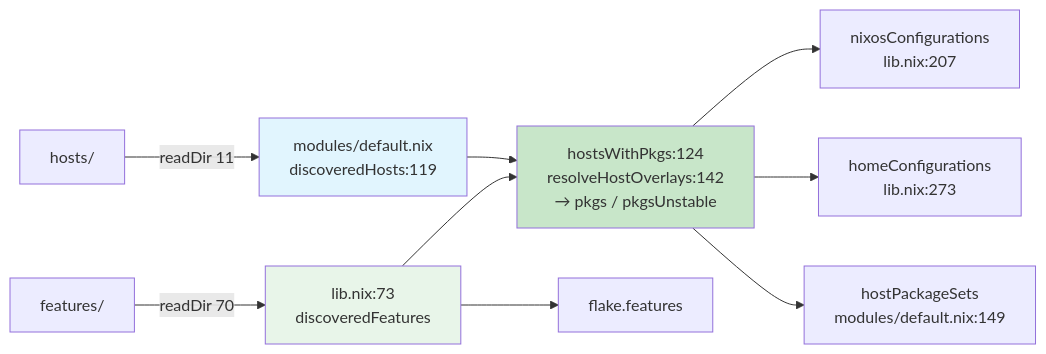
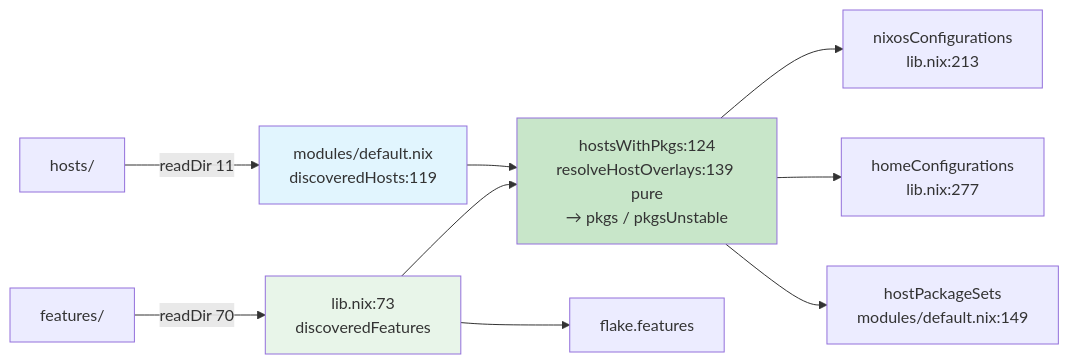
Before and after one commit to WombatFromHell/automatic-palm-tree: the seventh of 7 diagrams in DESIGN.md, drawn with Mermaid. The commit also changed other lines of this file and 9 other files, not shown here.

Commit message:
Refactor to make our loader code more pure idiomatic-nix

````diff
--- a/DESIGN.md
+++ b/DESIGN.md
@@ -201,15 +199,15 @@
 ```mermaid
 graph LR
     hosts["hosts/"] -- readDir 11 --> disc["modules/default.nix\ndiscoveredHosts:119"]
     features["features/"] -- readDir 70 --> featMap["lib.nix:73\ndiscoveredFeatures"]
-    disc --> hostsWithPkgs["hostsWithPkgs:124\nresolveHostOverlays:142\n→ pkgs / pkgsUnstable"]
+    disc --> hostsWithPkgs["hostsWithPkgs:124\nresolveHostOverlays:139 pure\n→ pkgs / pkgsUnstable"]
     featMap --> hostsWithPkgs
-    hostsWithPkgs --> nixosOut["nixosConfigurations\nlib.nix:207"]
-    hostsWithPkgs --> hmOut["homeConfigurations\nlib.nix:273"]
+    hostsWithPkgs --> nixosOut["nixosConfigurations\nlib.nix:213"]
+    hostsWithPkgs --> hmOut["homeConfigurations\nlib.nix:277"]
     hostsWithPkgs --> pkgSets["hostPackageSets\nmodules/default.nix:149"]
     featMap --> flakeFeat["flake.features"]
 
     style disc fill:#e1f5fe
     style featMap fill:#e8f5e9
     style hostsWithPkgs fill:#c8e6c9
 ```
````
